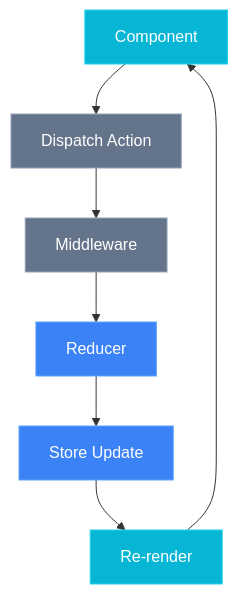
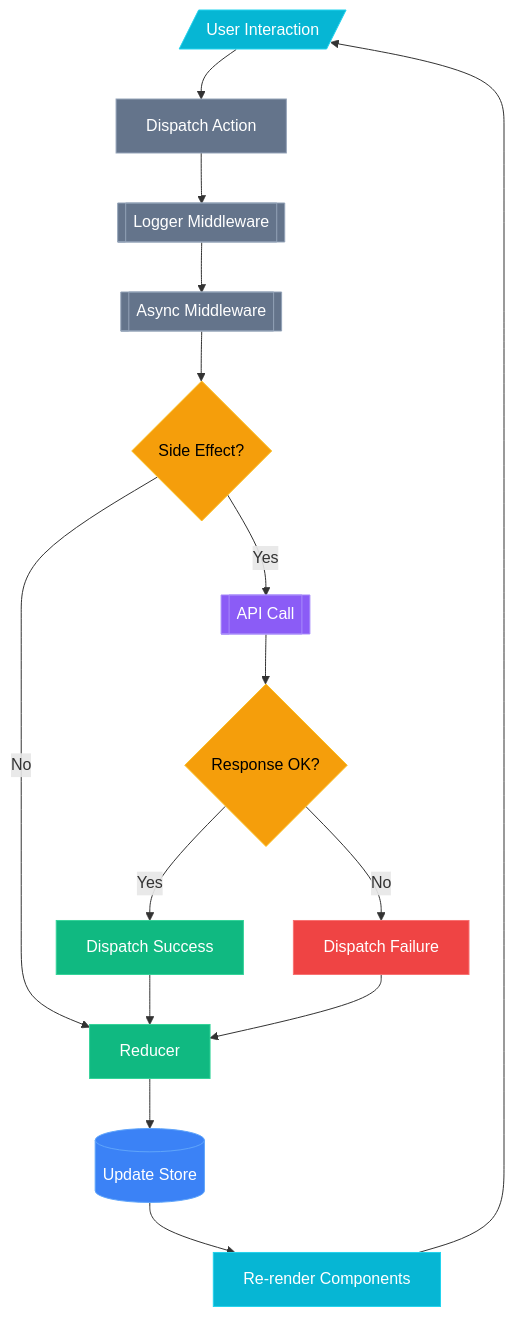
One commit to Epsilondelta-ai/flowbook changed the diagram in examples/state/management.flow.md. Above: the diagram before and after it, drawn with Mermaid. The commit also changed other lines of this file and 5 other files, not shown here.

Commit message:
feat: regenerate examples with proper SKILL.md guidelines — diverse node types, subgraphs, flow-group coloring

````diff
--- a/examples/state/management.flow.md
+++ b/examples/state/management.flow.md
@@ -9,17 +9,33 @@
 ```mermaid
 flowchart TD
-    A[Component] --> B[Dispatch Action]
-    B --> C[Middleware]
-    C --> D[Reducer]
-    D --> E[Store Update]
-    E --> F[Re-render]
-    F --> A
+    A[/User Interaction/] --> B[Dispatch Action]
+    B --> C[[Logger Middleware]]
+    C --> D[[Async Middleware]]
+    D --> E{Side Effect?}
+    E -->|Yes| F[[API Call]]
+    F --> G{Response OK?}
+    G -->|Yes| H[Dispatch Success]
+    G -->|No| I[Dispatch Failure]
+    E -->|No| J[Reducer]
+    H --> J
+    I --> J
+    J --> K[(Update Store)]
+    K --> L[Re-render Components]
+    L --> A
 
     classDef ui fill:#06b6d4,stroke:#22d3ee,color:#fff
     classDef processing fill:#64748b,stroke:#94a3b8,color:#fff
+    classDef external fill:#8b5cf6,stroke:#a78bfa,color:#fff
+    classDef validation fill:#f59e0b,stroke:#fbbf24,color:#000
+    classDef success fill:#10b981,stroke:#34d399,color:#fff
+    classDef error fill:#ef4444,stroke:#f87171,color:#fff
     classDef data fill:#3b82f6,stroke:#60a5fa,color:#fff
 
-    class A,F ui
-    class B,C processing
-    class D,E data
+    class A,L ui
+    class B,C,D processing
+    class E,G validation
+    class F external
+    class H,J success
+    class I error
+    class K data
 ```
````
